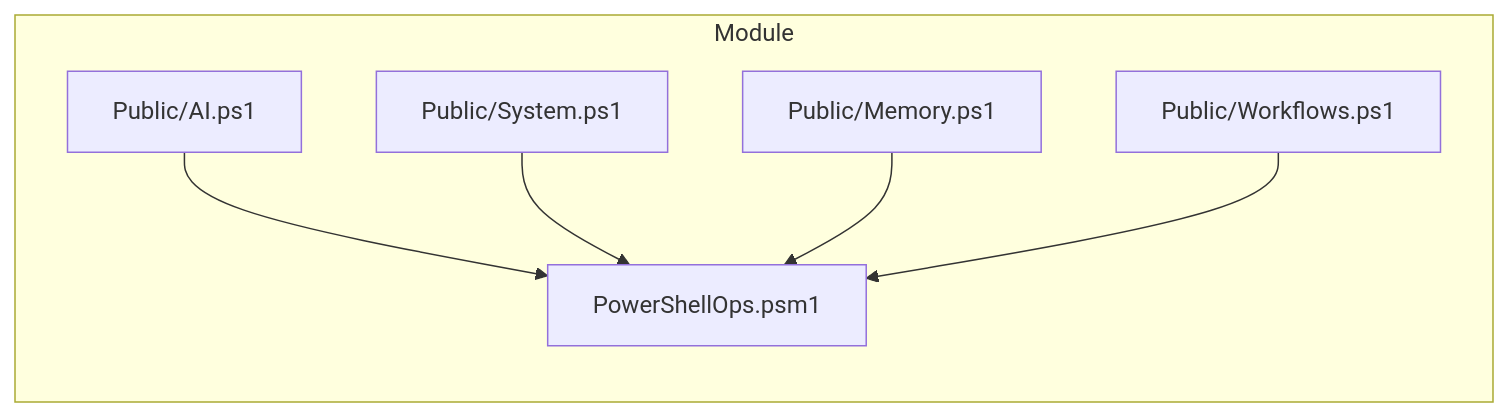
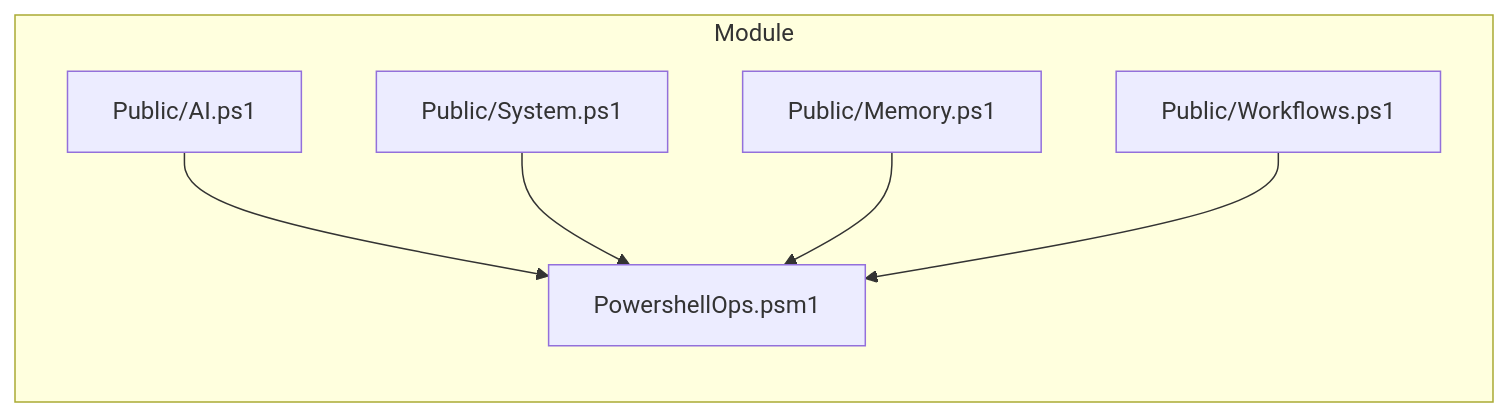
The second of 2 diagrams in BUILD_YOUR_OWN_PRIVATE_AI_COMPANION.md (shahriarhaqueabir/Power), drawn with Mermaid before and after one commit. The commit also changed other lines of this file and 5 other files, not shown here.

````diff
--- a/BUILD_YOUR_OWN_PRIVATE_AI_COMPANION.md
+++ b/BUILD_YOUR_OWN_PRIVATE_AI_COMPANION.md
@@ -478,15 +478,15 @@
 ```mermaid
 flowchart LR
     subgraph Module
         A[Public/AI.ps1]
         B[Public/System.ps1]
         C[Public/Memory.ps1]
         D[Public/Workflows.ps1]
-        E[PowerShellOps.psm1]
+        E[PowershellOps.psm1]
     end
 
     A --> E
     B --> E
     C --> E
     D --> E
 ```
````
